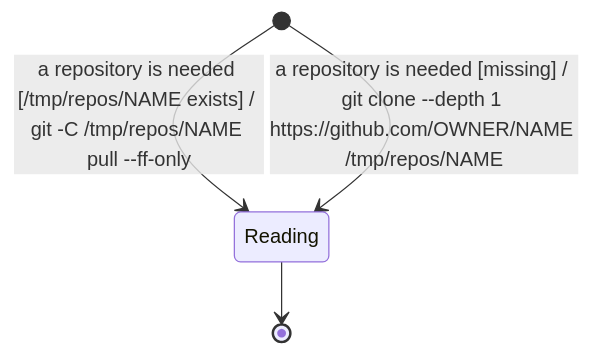
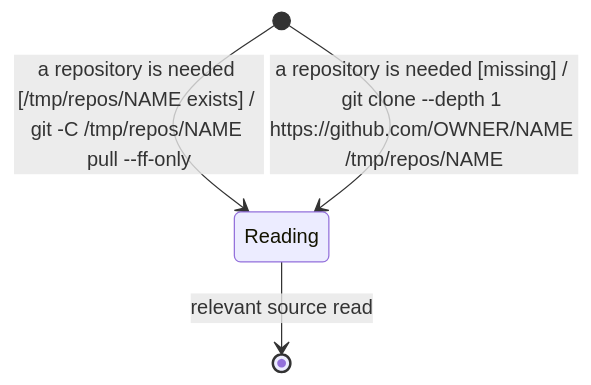
One commit to MP281X/deslop changed the diagram in .claude/skills/environment/references/repos.md. Above: the diagram before and after it, drawn with Mermaid. The commit also changed 37 other files, not shown here.

````diff
--- a/.claude/skills/environment/references/repos.md
+++ b/.claude/skills/environment/references/repos.md
@@ -34,6 +34,6 @@
 ```mermaid
 stateDiagram-v2
     [*] --> Reading : a repository is needed [/tmp/repos/NAME exists] / git -C /tmp/repos/NAME pull --ff-only
     [*] --> Reading : a repository is needed [missing] / git clone --depth 1 https://github.com/OWNER/NAME /tmp/repos/NAME
-    Reading --> [*]
+    Reading --> [*] : relevant source read
 ```
````
